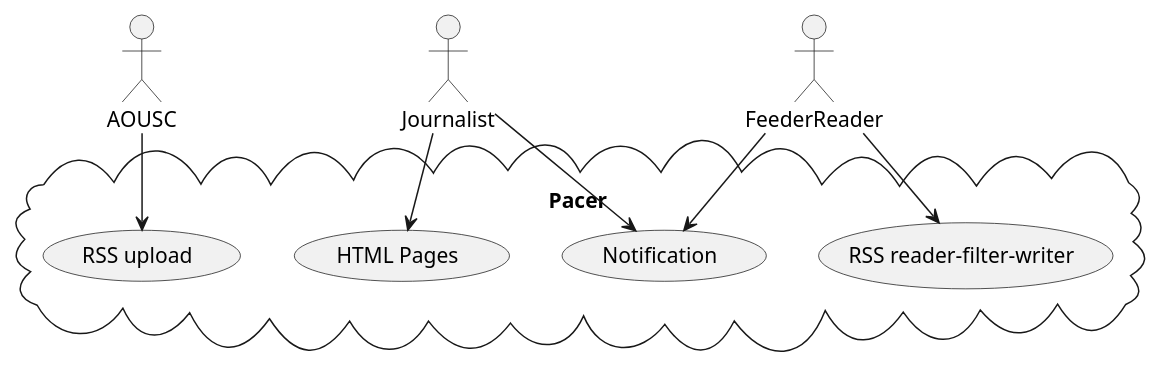
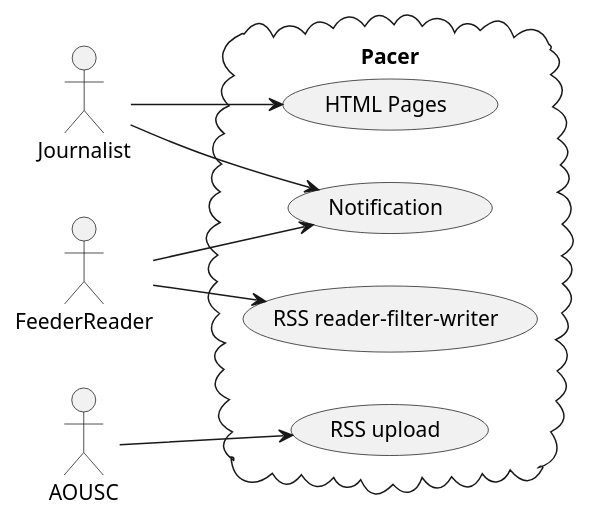
The diagram in docs/context.rst (slott56/FeederReader), drawn with PlantUML before and after one commit. The commit also changed 29 other files, not shown here.

```diff
--- a/docs/context.rst
+++ b/docs/context.rst
@@ -7,18 +7,22 @@
 ..  plantuml::
 
     @startuml
+    left to right direction
+
     actor Journalist
     actor AOUSC
     actor FeederReader as fr
+
     cloud Pacer {
         (RSS upload) as upload
         (RSS reader-filter-writer) as rfw
         (Notification) as note
         (HTML Pages) as web
     }
+
     AOUSC --> upload
     fr --> rfw
     fr --> note
     Journalist --> note
     Journalist --> web
     @enduml
```
